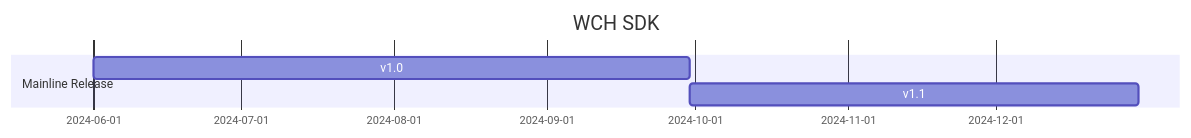
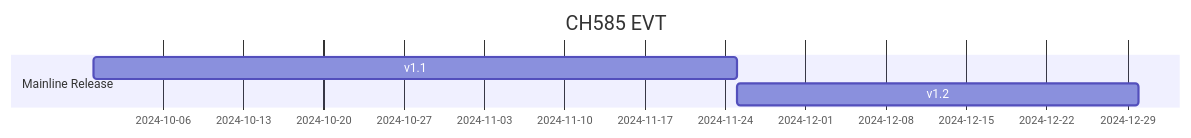
Before and after one commit to SoCXin/CH585: the diagram in README.md, drawn with Mermaid. The commit also changed 215 other files, not shown here.

````diff
--- a/README.md
+++ b/README.md
@@ -10,8 +10,8 @@
 ``` mermaid
 gantt
-    title WCH SDK
+    title CH585 EVT
     dateFormat  YYYY-MM-DD
     section Mainline Release
-    v1.0           :a1, 2024-06-01, 2024-09-30
-    v1.1           :a2, 2024-09-30, 2024-12-30
+    v1.1           :a1, 2024-09-30, 2024-11-25
+    v1.2           :a2, 2024-11-25, 2024-12-30
 ```
````
